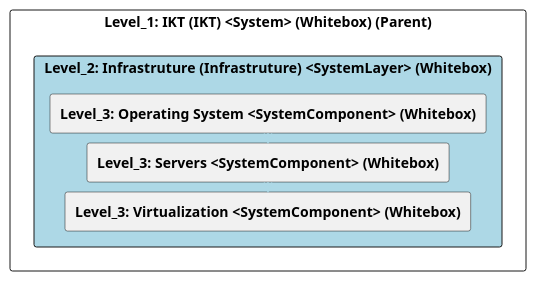
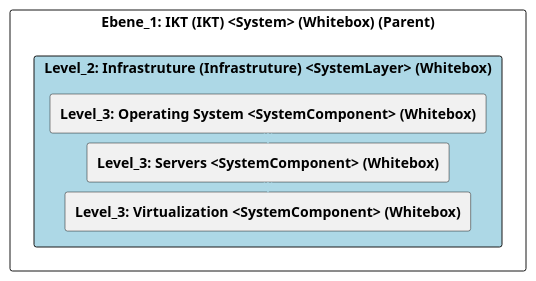
Before and after one commit to marcozwyssig/cleon: the diagram in src/cleon.architecturemethods.arc42.sample/doc/cleon_architecturemethods_arc42_sample_system/adoc/en/05_building_block_view/ikt/infrastruture/level_2_infrastruture.adoc, drawn with PlantUML. The commit also changed other lines of this file and 620 other files, not shown here.

```diff
--- a/src/cleon.architecturemethods.arc42.sample/doc/cleon_architecturemethods_arc42_sample_system/adoc/en/05_building_block_view/ikt/infrastruture/level_2_infrastruture.adoc
+++ b/src/cleon.architecturemethods.arc42.sample/doc/cleon_architecturemethods_arc42_sample_system/adoc/en/05_building_block_view/ikt/infrastruture/level_2_infrastruture.adoc
@@ -20,30 +20,30 @@
 [plantuml, Level_2: Infrastruture (Infrastruture) <SystemLayer> (Whitebox)BlockOverview, format="svg"]
 ----
 @startuml Level_2: Infrastruture (Infrastruture) <SystemLayer> (Whitebox)BuildingBlockOverview
 
 skinparam ranksep 10
 skinparam componentStyle rectangle
 skinparam shadowing false
 skinparam arrowColor lightblue
 skinparam arrowThickness 1.2
 skinparam rectangle {
   BackgroundColor White
   BorderColor #333
   RoundCorner 10
 }
 top to bottom direction
 
-component "Level_1: IKT (IKT) <System> (Whitebox) (Parent)" {
+component "Ebene_1: IKT (IKT) <System> (Whitebox) (Parent)" {
     component "Level_2: Infrastruture (Infrastruture) <SystemLayer> (Whitebox)" #lightblue {
         [**Level_3: Operating System <SystemComponent> (Whitebox)**] as 07FC9046_BEE7_11EF_8DCB_A78DEF9EA3BD
         [**Level_3: Servers <SystemComponent> (Whitebox)**] as 42DB7E7F_BEDF_11EF_B498_058EE446F8E7
         [**Level_3: Virtualization <SystemComponent> (Whitebox)**] as 483100CA_BEDF_11EF_B498_058EE446F8E7
     }
 
     07FC9046_BEE7_11EF_8DCB_A78DEF9EA3BD -down-> 42DB7E7F_BEDF_11EF_B498_058EE446F8E7
     42DB7E7F_BEDF_11EF_B498_058EE446F8E7 -down-> 483100CA_BEDF_11EF_B498_058EE446F8E7
     
 }
 
 @enduml
 ----
```
